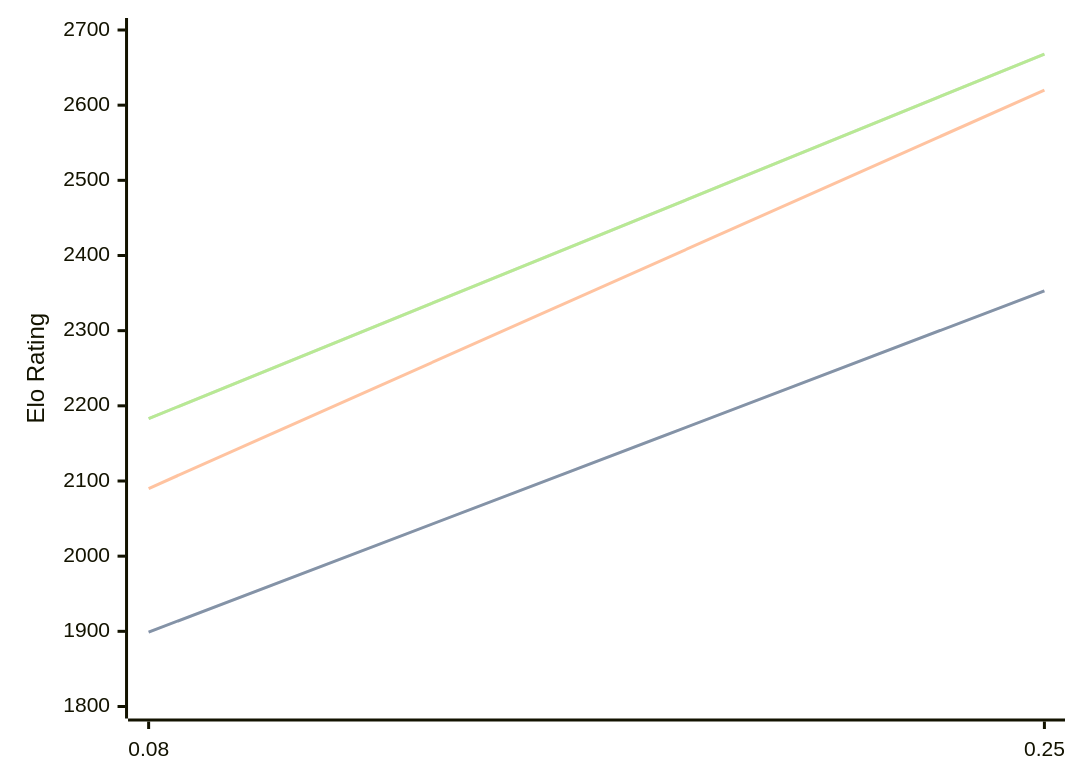
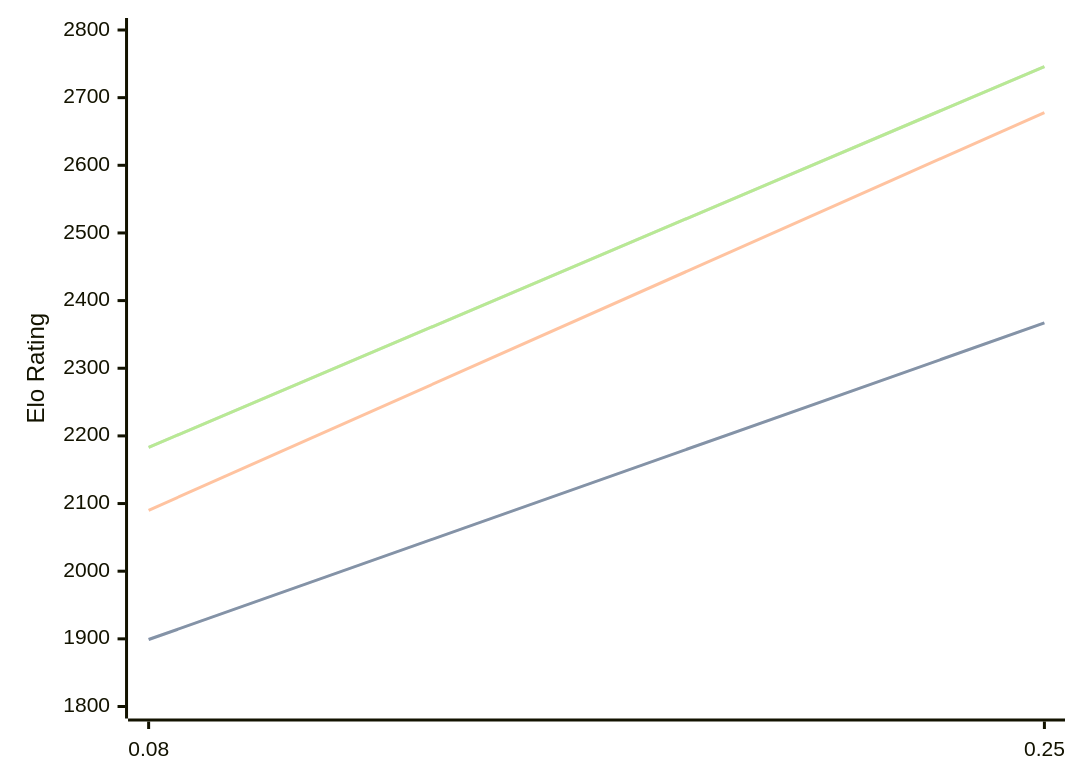
The diagram in engines/Gecko.md (computer-chess-index/cci), drawn with Mermaid before and after one commit. The commit also changed other lines of this file, not shown here.

Commit message:
Update CCI Ratings (ELO VLTC) - 2026-04-08

````diff
--- a/engines/Gecko.md
+++ b/engines/Gecko.md
@@ -32,11 +32,11 @@
 ```mermaid
 %%{init: {"theme":"base","themeVariables":{"seriesColors:['#a3a3a3','#222221','#faa371']}}}%%
 xychart-beta
   x-axis ["0.08", "0.25"]
-  y-axis "Elo Rating" 1800 --> 2700
-  line "STC (8.0+0.08s)" [1899, 2353]
-  line "STC (8.0+0.08s)" [1899, 2353]
-  line "LTC (60.0+0.60s)" [2090, 2620]
-  line "VLTC (2m24s+1.12s)" [2183, 2668]
-  line "VLTC (2m24s+1.12s)" [2183, 2668]
+  y-axis "Elo Rating" 1800 --> 2800
+  line "STC (8.0+0.08s)" [1899, 2367]
+  line "STC (8.0+0.08s)" [1899, 2367]
+  line "LTC (60.0+0.60s)" [2090, 2678]
+  line "VLTC (2m24s+1.12s)" [2183, 2746]
+  line "VLTC (2m24s+1.12s)" [2183, 2746]
 ```
````
